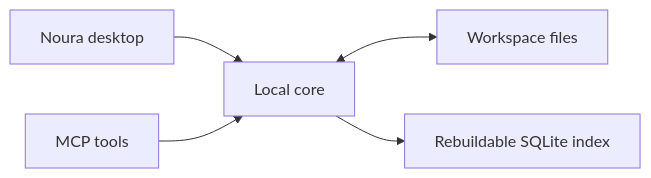
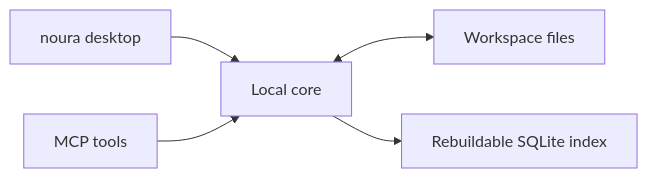
The diagram in README.md (lobbystack/noura), drawn with Mermaid before and after one commit. The commit also changed other lines of this file and 462 other files, not shown here.

````diff
--- a/README.md
+++ b/README.md
@@ -89,7 +91,7 @@
 ```mermaid
 flowchart LR
-    desktop["Noura desktop"] --> core["Local core"]
+    desktop["noura desktop"] --> core["Local core"]
     tools["MCP tools"] --> core
     core <--> files["Workspace files"]
     core --> index["Rebuildable SQLite index"]
 ```
````
